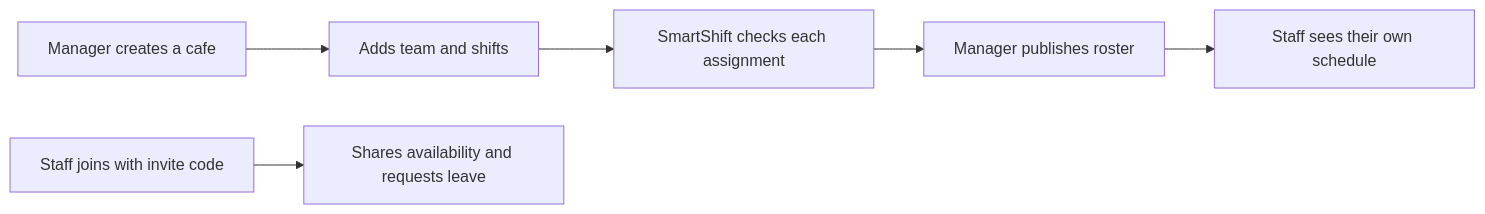
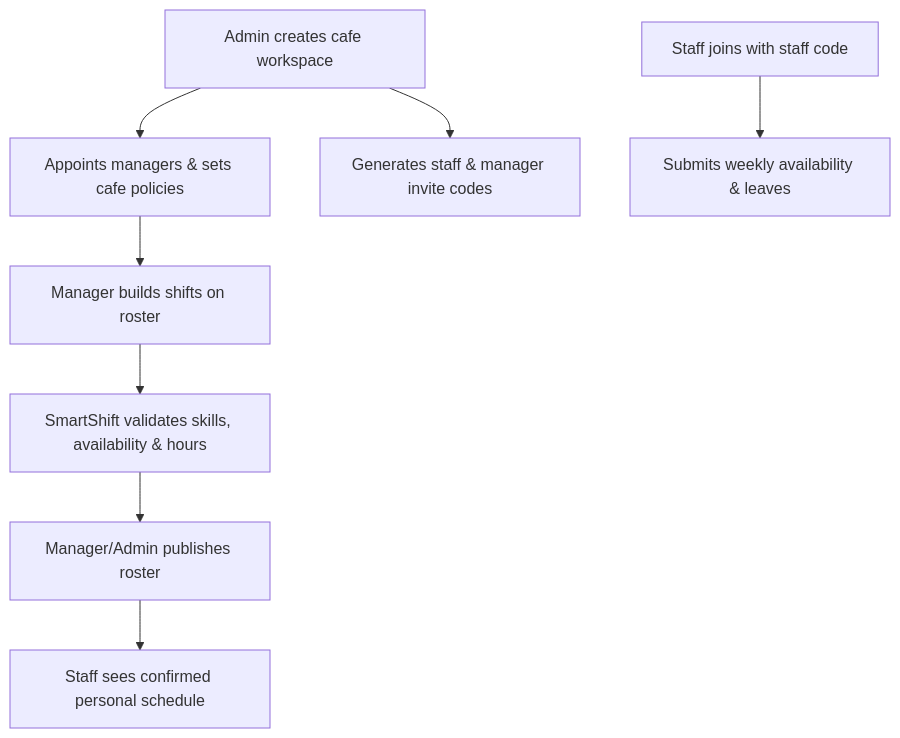
The diagram in README.md (Nayana84-m/FSD_project), drawn with Mermaid before and after one commit. The commit also changed other lines of this file and 11 other files, not shown here.

````diff
--- a/README.md
+++ b/README.md
@@ -41,8 +43,10 @@
 ```mermaid
-flowchart LR
-  A[Manager creates a cafe] --> B[Adds team and shifts]
-  B --> C[SmartShift checks each assignment]
-  C --> D[Manager publishes roster]
-  E[Staff joins with invite code] --> F[Shares availability and requests leave]
-  D --> G[Staff sees their own schedule]
+flowchart TD
+  A[Admin creates cafe workspace] --> B[Appoints managers & sets cafe policies]
+  A --> C[Generates staff & manager invite codes]
+  B --> D[Manager builds shifts on roster]
+  E[Staff joins with staff code] --> F[Submits weekly availability & leaves]
+  D --> G[SmartShift validates skills, availability & hours]
+  G --> H[Manager/Admin publishes roster]
+  H --> I[Staff sees confirmed personal schedule]
 ```
````
